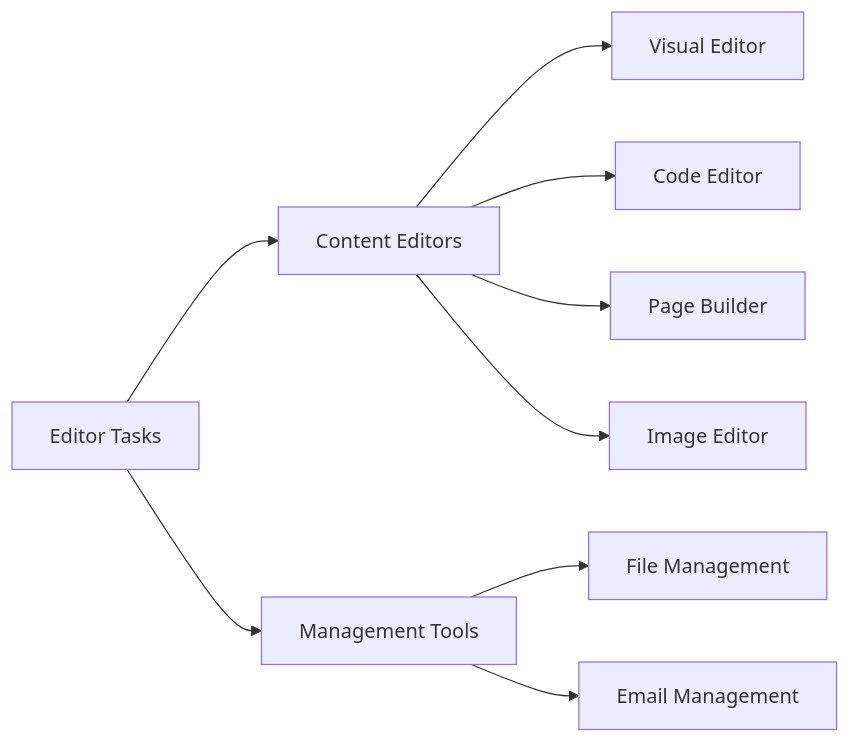
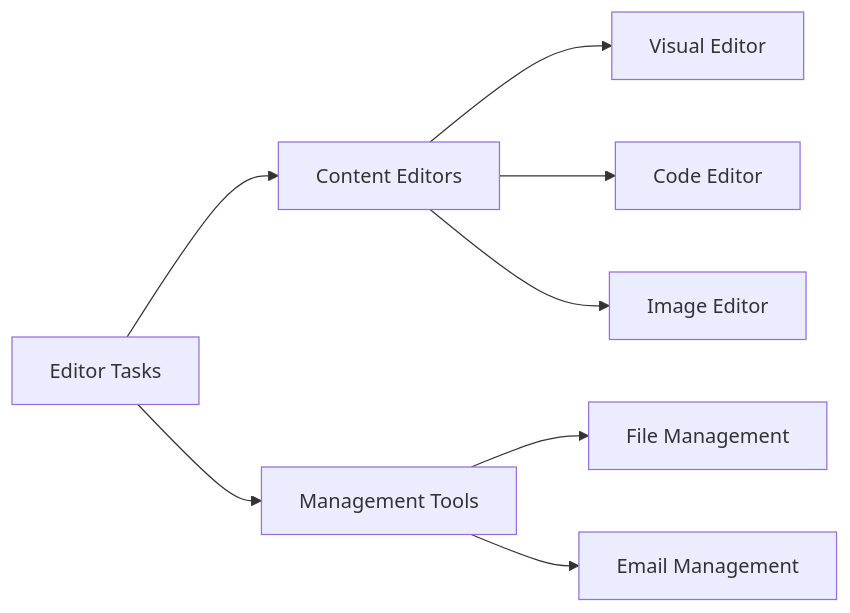
The diagram in for-editors/feature-catalog/index.md (CWALabs/SkyCMS.Docs), drawn with Mermaid before and after one commit. The commit also changed other lines of this file and 33 other files, not shown here.

First line of the commit message:
Refactor documentation to remove references to Page Builder; update editor descriptions and workflows

````diff
--- a/for-editors/feature-catalog/index.md
+++ b/for-editors/feature-catalog/index.md
@@ -41,13 +40,12 @@
 ```mermaid
 flowchart LR
   A[Editor Tasks] --> B[Content Editors]
   A --> C[Management Tools]
 
   B --> B1[Visual Editor]
   B --> B2[Code Editor]
-  B --> B3[Page Builder]
-  B --> B4[Image Editor]
+  B --> B3[Image Editor]
 
   C --> C1[File Management]
   C --> C2[Email Management]
 ```
````
